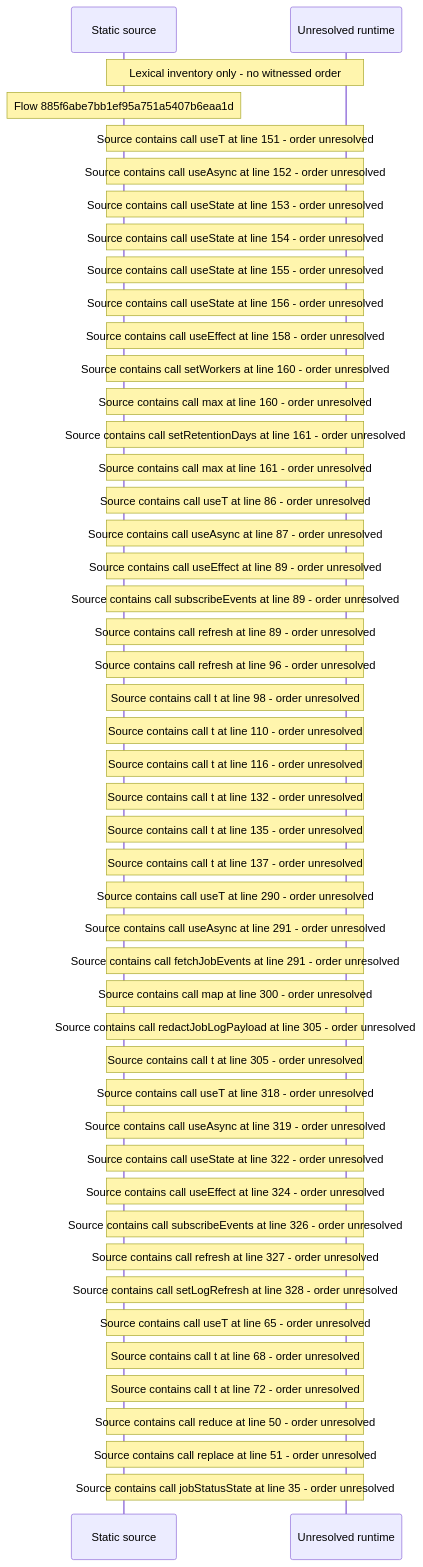
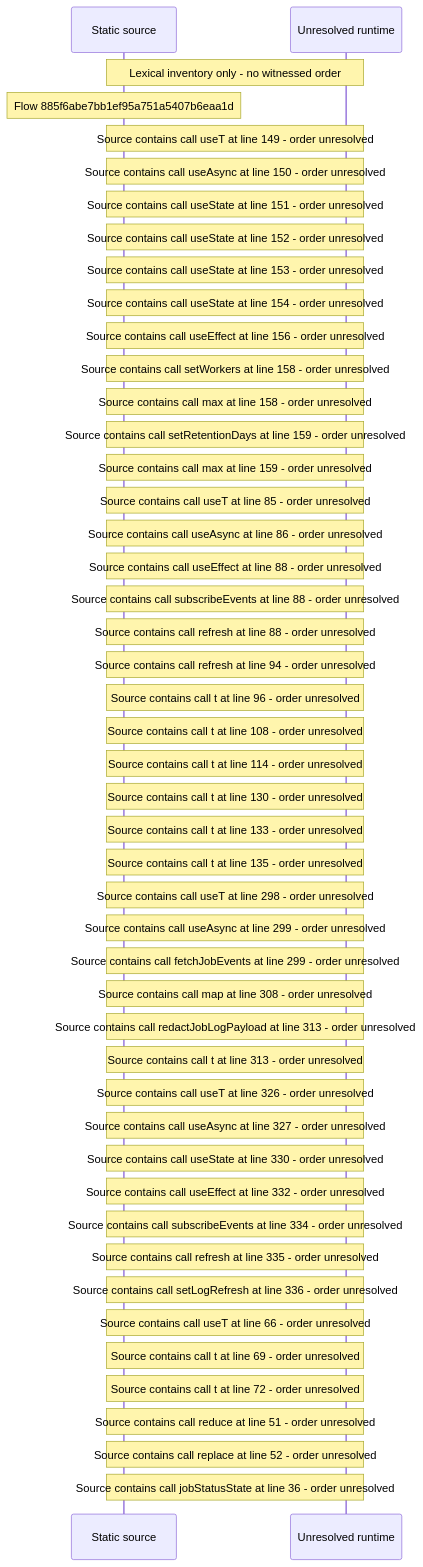
Before and after one commit to beamfall/core: the diagram in docs/web/flows/generated/885f6abe7bb1ef95a751a5407b6eaa1d/flow-diagram.md, drawn with Mermaid. The commit also changed other lines of this file and 715 other files, not shown here.

First line of the commit message:
Regenerate the web flow record on main after CORE-1117

````diff
--- a/docs/web/flows/generated/885f6abe7bb1ef95a751a5407b6eaa1d/flow-diagram.md
+++ b/docs/web/flows/generated/885f6abe7bb1ef95a751a5407b6eaa1d/flow-diagram.md
@@ -10,49 +10,49 @@
 ```mermaid
 sequenceDiagram
     participant S as Static source
     participant U as Unresolved runtime
     Note over S,U: Lexical inventory only - no witnessed order
     Note over S: Flow 885f6abe7bb1ef95a751a5407b6eaa1d
-    Note over S,U: Source contains call useT at line 151 - order unresolved
-    Note over S,U: Source contains call useAsync at line 152 - order unresolved
+    Note over S,U: Source contains call useT at line 149 - order unresolved
+    Note over S,U: Source contains call useAsync at line 150 - order unresolved
+    Note over S,U: Source contains call useState at line 151 - order unresolved
+    Note over S,U: Source contains call useState at line 152 - order unresolved
     Note over S,U: Source contains call useState at line 153 - order unresolved
     Note over S,U: Source contains call useState at line 154 - order unresolved
-    Note over S,U: Source contains call useState at line 155 - order unresolved
-    Note over S,U: Source contains call useState at line 156 - order unresolved
-    Note over S,U: Source contains call useEffect at line 158 - order unresolved
-    Note over S,U: Source contains call setWorkers at line 160 - order unresolved
-    Note over S,U: Source contains call max at line 160 - order unresolved
-    Note over S,U: Source contains call setRetentionDays at line 161 - order unresolved
-    Note over S,U: Source contains call max at line 161 - order unresolved
-    Note over S,U: Source contains call useT at line 86 - order unresolved
-    Note over S,U: Source contains call useAsync at line 87 - order unresolved
-    Note over S,U: Source contains call useEffect at line 89 - order unresolved
-    Note over S,U: Source contains call subscribeEvents at line 89 - order unresolved
-    Note over S,U: Source contains call refresh at line 89 - order unresolved
-    Note over S,U: Source contains call refresh at line 96 - order unresolved
-    Note over S,U: Source contains call t at line 98 - order unresolved
-    Note over S,U: Source contains call t at line 110 - order unresolved
-    Note over S,U: Source contains call t at line 116 - order unresolved
-    Note over S,U: Source contains call t at line 132 - order unresolved
+    Note over S,U: Source contains call useEffect at line 156 - order unresolved
+    Note over S,U: Source contains call setWorkers at line 158 - order unresolved
+    Note over S,U: Source contains call max at line 158 - order unresolved
+    Note over S,U: Source contains call setRetentionDays at line 159 - order unresolved
+    Note over S,U: Source contains call max at line 159 - order unresolved
+    Note over S,U: Source contains call useT at line 85 - order unresolved
+    Note over S,U: Source contains call useAsync at line 86 - order unresolved
+    Note over S,U: Source contains call useEffect at line 88 - order unresolved
+    Note over S,U: Source contains call subscribeEvents at line 88 - order unresolved
+    Note over S,U: Source contains call refresh at line 88 - order unresolved
+    Note over S,U: Source contains call refresh at line 94 - order unresolved
+    Note over S,U: Source contains call t at line 96 - order unresolved
+    Note over S,U: Source contains call t at line 108 - order unresolved
+    Note over S,U: Source contains call t at line 114 - order unresolved
+    Note over S,U: Source contains call t at line 130 - order unresolved
+    Note over S,U: Source contains call t at line 133 - order unresolved
     Note over S,U: Source contains call t at line 135 - order unresolved
-    Note over S,U: Source contains call t at line 137 - order unresolved
-    Note over S,U: Source contains call useT at line 290 - order unresolved
-    Note over S,U: Source contains call useAsync at line 291 - order unresolved
-    Note over S,U: Source contains call fetchJobEvents at line 291 - order unresolved
-    Note over S,U: Source contains call map at line 300 - order unresolved
-    Note over S,U: Source contains call redactJobLogPayload at line 305 - order unresolved
-    Note over S,U: Source contains call t at line 305 - order unresolved
-    Note over S,U: Source contains call useT at line 318 - order unresolved
-    Note over S,U: Source contains call useAsync at line 319 - order unresolved
-    Note over S,U: Source contains call useState at line 322 - order unresolved
-    Note over S,U: Source contains call useEffect at line 324 - order unresolved
-    Note over S,U: Source contains call subscribeEvents at line 326 - order unresolved
-    Note over S,U: Source contains call refresh at line 327 - order unresolved
-    Note over S,U: Source contains call setLogRefresh at line 328 - order unresolved
-    Note over S,U: Source contains call useT at line 65 - order unresolved
-    Note over S,U: Source contains call t at line 68 - order unresolved
+    Note over S,U: Source contains call useT at line 298 - order unresolved
+    Note over S,U: Source contains call useAsync at line 299 - order unresolved
+    Note over S,U: Source contains call fetchJobEvents at line 299 - order unresolved
+    Note over S,U: Source contains call map at line 308 - order unresolved
+    Note over S,U: Source contains call redactJobLogPayload at line 313 - order unresolved
+    Note over S,U: Source contains call t at line 313 - order unresolved
+    Note over S,U: Source contains call useT at line 326 - order unresolved
+    Note over S,U: Source contains call useAsync at line 327 - order unresolved
+    Note over S,U: Source contains call useState at line 330 - order unresolved
+    Note over S,U: Source contains call useEffect at line 332 - order unresolved
+    Note over S,U: Source contains call subscribeEvents at line 334 - order unresolved
+    Note over S,U: Source contains call refresh at line 335 - order unresolved
+    Note over S,U: Source contains call setLogRefresh at line 336 - order unresolved
+    Note over S,U: Source contains call useT at line 66 - order unresolved
+    Note over S,U: Source contains call t at line 69 - order unresolved
     Note over S,U: Source contains call t at line 72 - order unresolved
-    Note over S,U: Source contains call reduce at line 50 - order unresolved
-    Note over S,U: Source contains call replace at line 51 - order unresolved
-    Note over S,U: Source contains call jobStatusState at line 35 - order unresolved
+    Note over S,U: Source contains call reduce at line 51 - order unresolved
+    Note over S,U: Source contains call replace at line 52 - order unresolved
+    Note over S,U: Source contains call jobStatusState at line 36 - order unresolved
 ```
````
